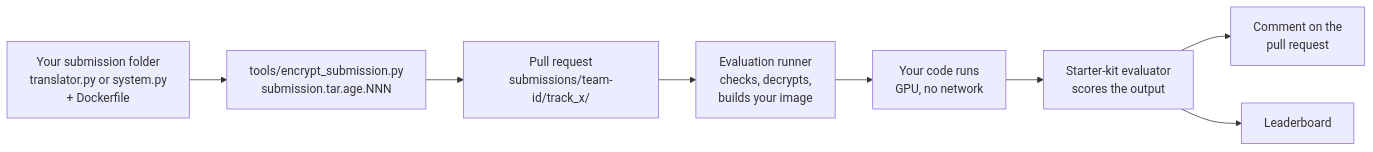
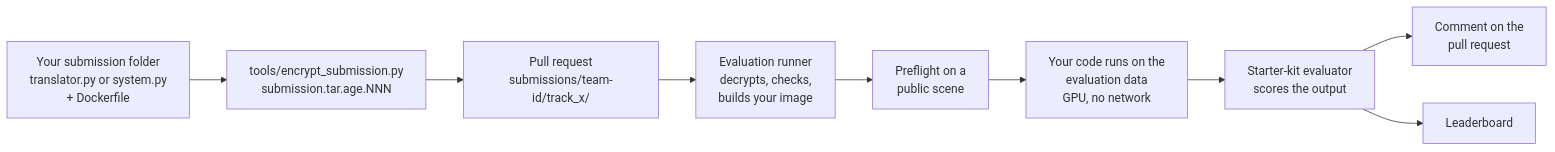
Before and after one commit to isu-challenge/Starterkit-ICSE-2027: the first of 3 diagrams in EVALUATION_GUIDE.md, drawn with Mermaid. The commit also changed other lines of this file and 2 other files, not shown here.

Commit message:
Document the checks before the evaluation and the preflight run

````diff
--- a/EVALUATION_GUIDE.md
+++ b/EVALUATION_GUIDE.md
@@ -26,10 +26,11 @@
 ```mermaid
 flowchart LR
   A["Your submission folder<br/>translator.py or system.py<br/>+ Dockerfile"] --> B["tools/encrypt_submission.py<br/>submission.tar.age.NNN"]
   B --> C["Pull request<br/>submissions/team-id/track_x/"]
-  C --> D["Evaluation runner<br/>checks, decrypts,<br/>builds your image"]
-  D --> E["Your code runs<br/>GPU, no network"]
+  C --> D["Evaluation runner<br/>decrypts, checks,<br/>builds your image"]
+  D --> P["Preflight on a<br/>public scene"]
+  P --> E["Your code runs on the<br/>evaluation data<br/>GPU, no network"]
   E --> F["Starter-kit evaluator<br/>scores the output"]
   F --> G["Comment on the<br/>pull request"]
   F --> H["Leaderboard"]
 ```
````
